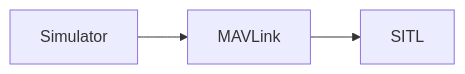
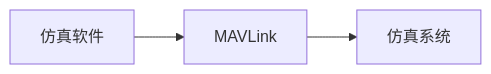
The diagram in simulation-sitl.md (DimianZhan/PX4DevguideOld), drawn with Mermaid before and after one commit. The commit also changed other lines of this file and 2 other files, not shown here.

Commit message:
L10N simulation-sitl.md Fix #21 uavcan-intro.md Fix #22 uavcan-node-firmware.md Fix #23 (#60)

```diff
--- a/simulation-sitl.md
+++ b/simulation-sitl.md
@@ -5,5 +5,5 @@
 {% mermaid %}
 graph LR;
-  Simulator-->MAVLink;
-  MAVLink-->SITL;
+  仿真软件-->MAVLink;
+  MAVLink-->仿真系统;
 {% endmermaid %}
```
